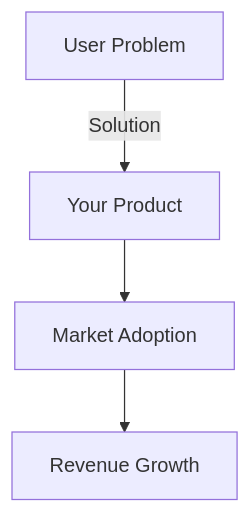
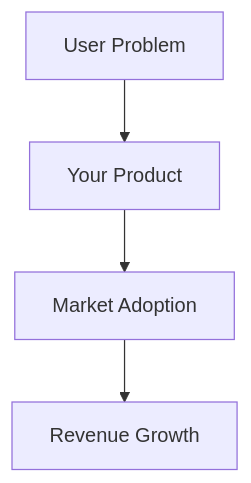
Before and after one commit to deftio/squibview: the first of 3 diagrams in dev/slides.md, drawn with Mermaid. The commit also changed other lines of this file and 18 other files, not shown here.

````diff
--- a/dev/slides.md
+++ b/dev/slides.md
@@ -19,6 +18,6 @@
 ```mermaid
 graph TD;
-    A[User Problem] -->|Solution| B[Your Product];
+    A[User Problem] --> B[Your Product];
     B --> C[Market Adoption];
     C --> D[Revenue Growth];
 ```
````
